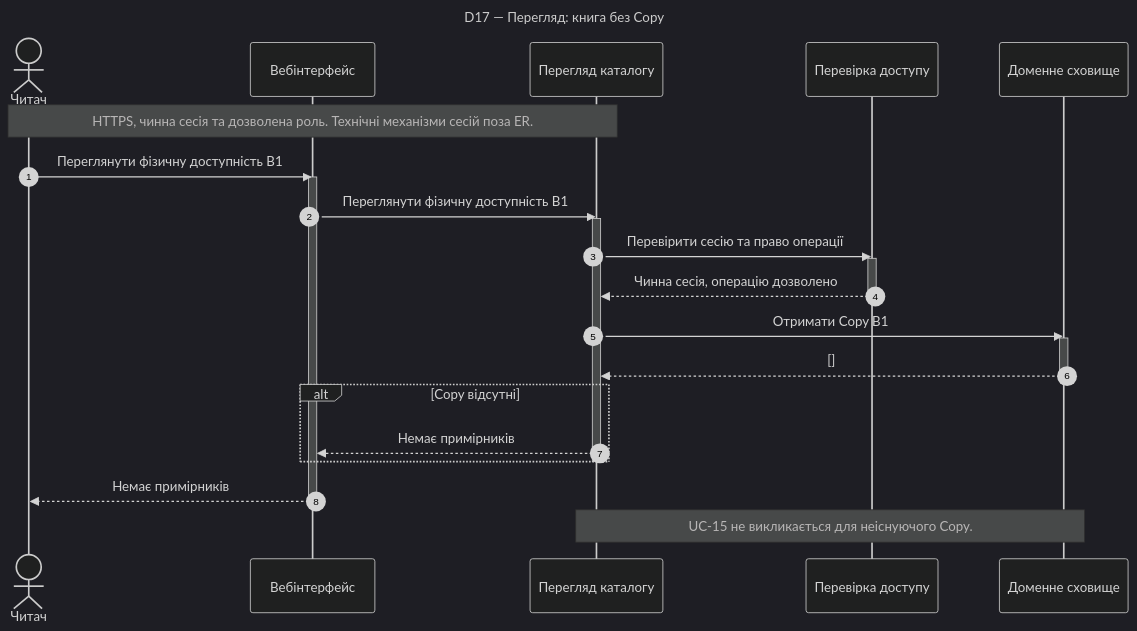
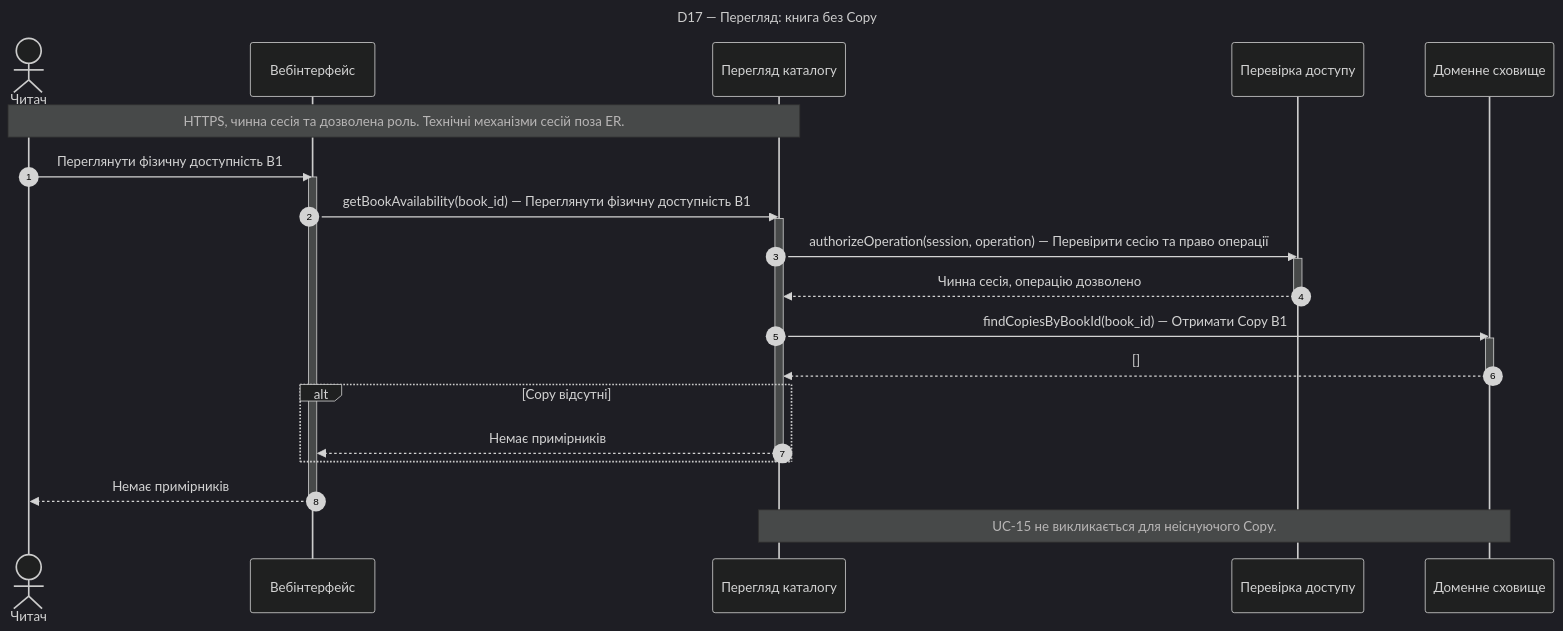
One commit to the1nurz/mavpz changed the diagram in lab3/diagrams/uc-08-no-copies.mmd. Above: the diagram before and after it, drawn with Mermaid (dark theme). The commit also changed 61 other files, not shown here.

Commit message:
fix(lab3): improve sequence diagram fragments and messages

```diff
--- a/lab3/diagrams/uc-08-no-copies.mmd
+++ b/lab3/diagrams/uc-08-no-copies.mmd
@@ -1,30 +1,30 @@
 sequenceDiagram
     autonumber
     %% D17 | UC-08 | SC-10; єдиний
     %% REQ-09 | NFR-07, NFR-08, NFR-09, NFR-10, NFR-11
     title D17 — Перегляд: книга без Copy
     actor A as Читач
     participant UI as Вебінтерфейс
     participant S as Перегляд каталогу
     participant Access as Перевірка доступу
     participant Store as Доменне сховище
     Note over A,S: HTTPS, чинна сесія та дозволена роль. Технічні механізми сесій поза ER.
     A->>UI: Переглянути фізичну доступність B1
     activate UI
-    UI->>S: Переглянути фізичну доступність B1
+    UI->>S: getBookAvailability(book_id) — Переглянути фізичну доступність B1
     activate S
-    S->>Access: Перевірити сесію та право операції
+    S->>Access: authorizeOperation(session, operation) — Перевірити сесію та право операції
     activate Access
     Access-->>S: Чинна сесія, операцію дозволено
     deactivate Access
-    S->>Store: Отримати Copy B1
+    S->>Store: findCopiesByBookId(book_id) — Отримати Copy B1
     activate Store
     Store-->>S: []
     deactivate Store
     alt Copy відсутні
     S-->>UI: Немає примірників
     end
     deactivate S
     UI-->>A: Немає примірників
     deactivate UI
     Note over S,Store: UC-15 не викликається для неіснуючого Copy.
```
